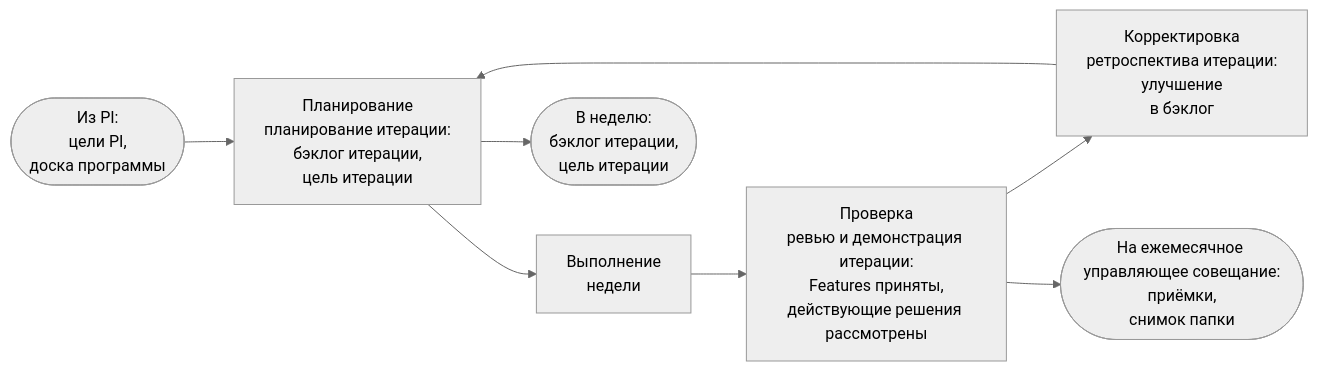
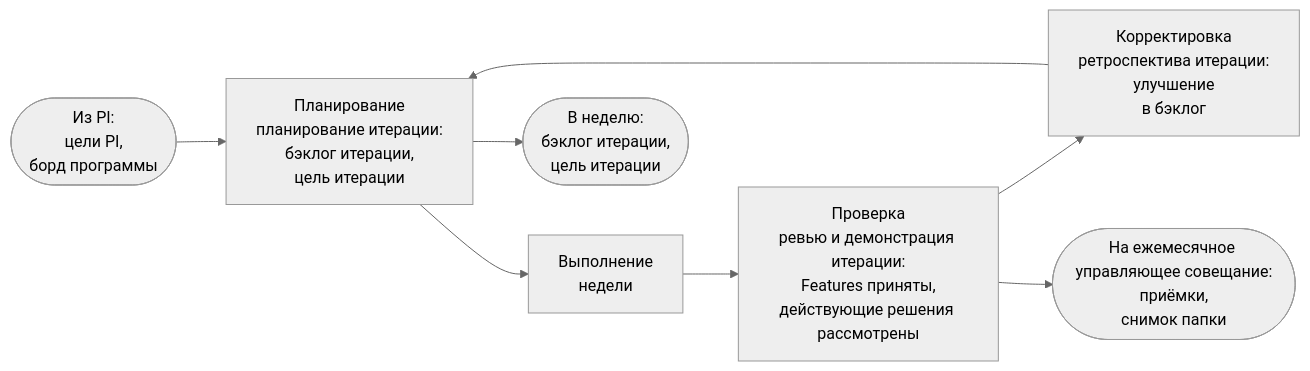
Before and after one commit to devhogu/ob-aicc: the second of 5 diagrams in portal/content/ru/delivery/the-loops-of-delivery.md, drawn with Mermaid (neutral theme). The commit also changed other lines of this file and 193 other files, not shown here.

````diff
--- a/portal/content/ru/delivery/the-loops-of-delivery.md
+++ b/portal/content/ru/delivery/the-loops-of-delivery.md
@@ -28,11 +28,11 @@
 ```mermaid
 flowchart LR
-  IN(["Из PI:<br/>цели PI,<br/>доска программы"]) --> P["Планирование<br/>планирование итерации:<br/>бэклог итерации,<br/>цель итерации"]
+  IN(["Из PI:<br/>цели PI,<br/>борд программы"]) --> P["Планирование<br/>планирование итерации:<br/>бэклог итерации,<br/>цель итерации"]
   P --> D["Выполнение<br/>недели"]
   C["Проверка<br/>ревью и демонстрация итерации:<br/>Features приняты,<br/>действующие решения рассмотрены"]
   D --> C
   C --> A["Корректировка<br/>ретроспектива итерации:<br/>улучшение<br/>в бэклог"]
   A --> P
   P --> OUT(["В неделю:<br/>бэклог итерации,<br/>цель итерации"])
   C --> UP(["На ежемесячное управляющее совещание:<br/>приёмки,<br/>снимок папки"])
 ```
````
